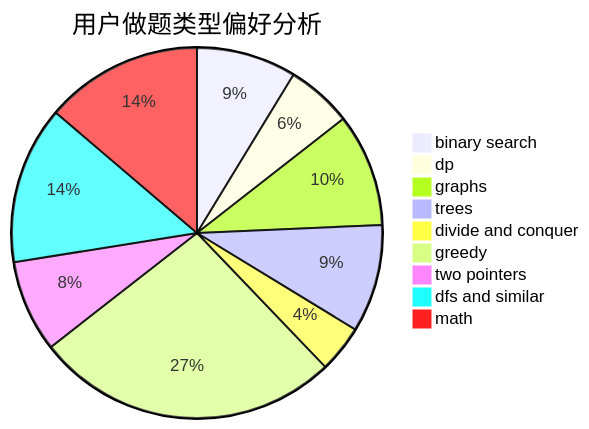
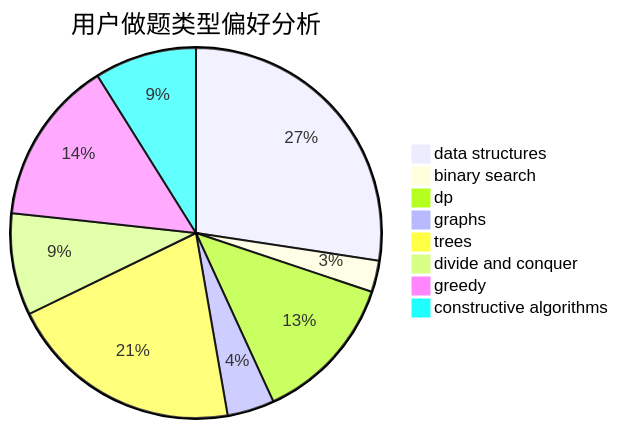
One commit to sherpahu/cfrs.github.io changed the second of 3 diagrams in docs/user/u2014.md. Above: the diagram before and after it, drawn with Mermaid. The commit also changed other lines of this file and 2775 other files, not shown here.

````diff
--- a/docs/user/u2014.md
+++ b/docs/user/u2014.md
@@ -23,12 +23,11 @@
 ```mermaid
 pie title 用户做题类型偏好分析
-    "binary search" :  38
-    "dp" :  25
-    "graphs" :  43
-    "trees" :  41
-    "divide and conquer" :  18
-    "greedy" :  116
-    "two pointers" :  35
-    "dfs and similar" :  60
-    "math" :  60
+    "data structures" :  40
+    "binary search" :  4
+    "dp" :  19
+    "graphs" :  6
+    "trees" :  30
+    "divide and conquer" :  13
+    "greedy" :  21
+    "constructive algorithms" :  13
 ```
````
